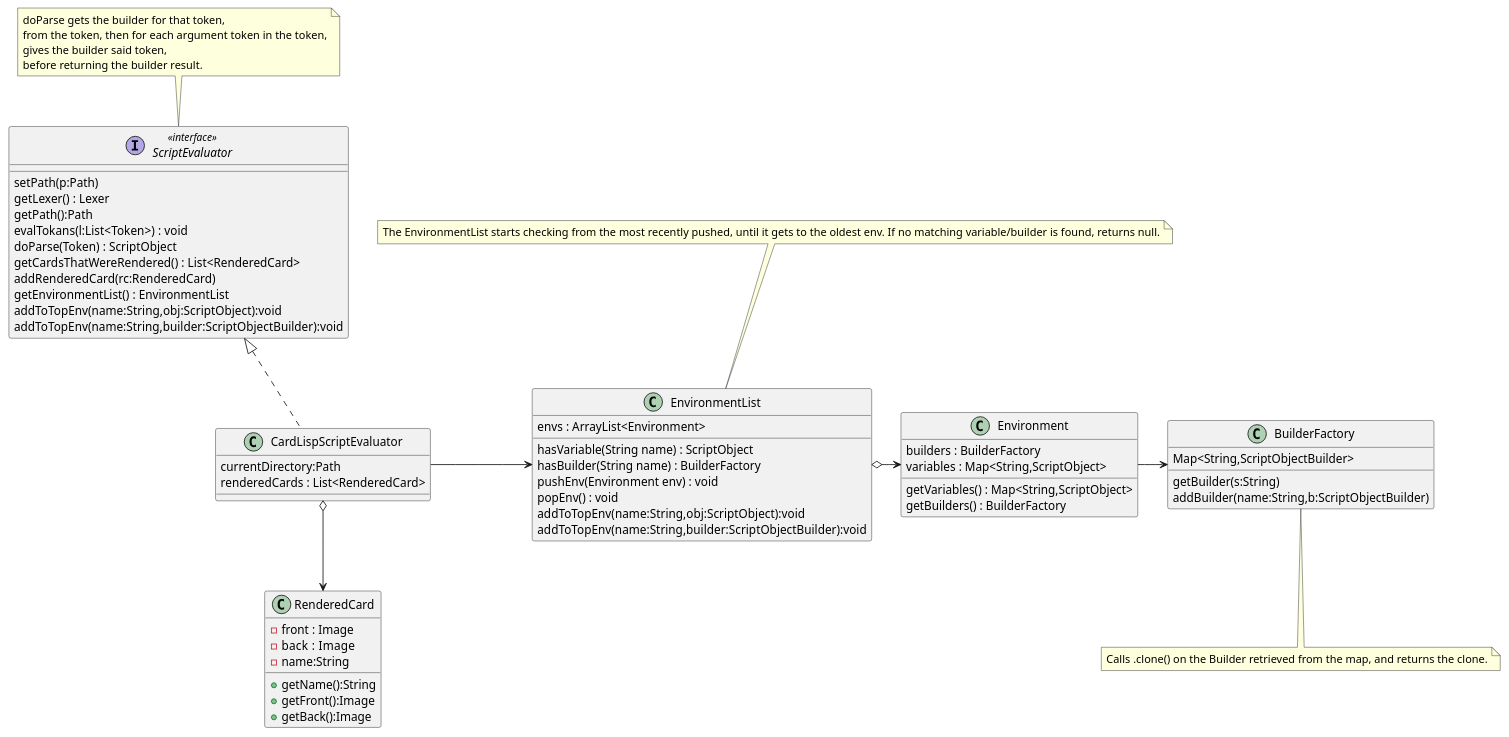
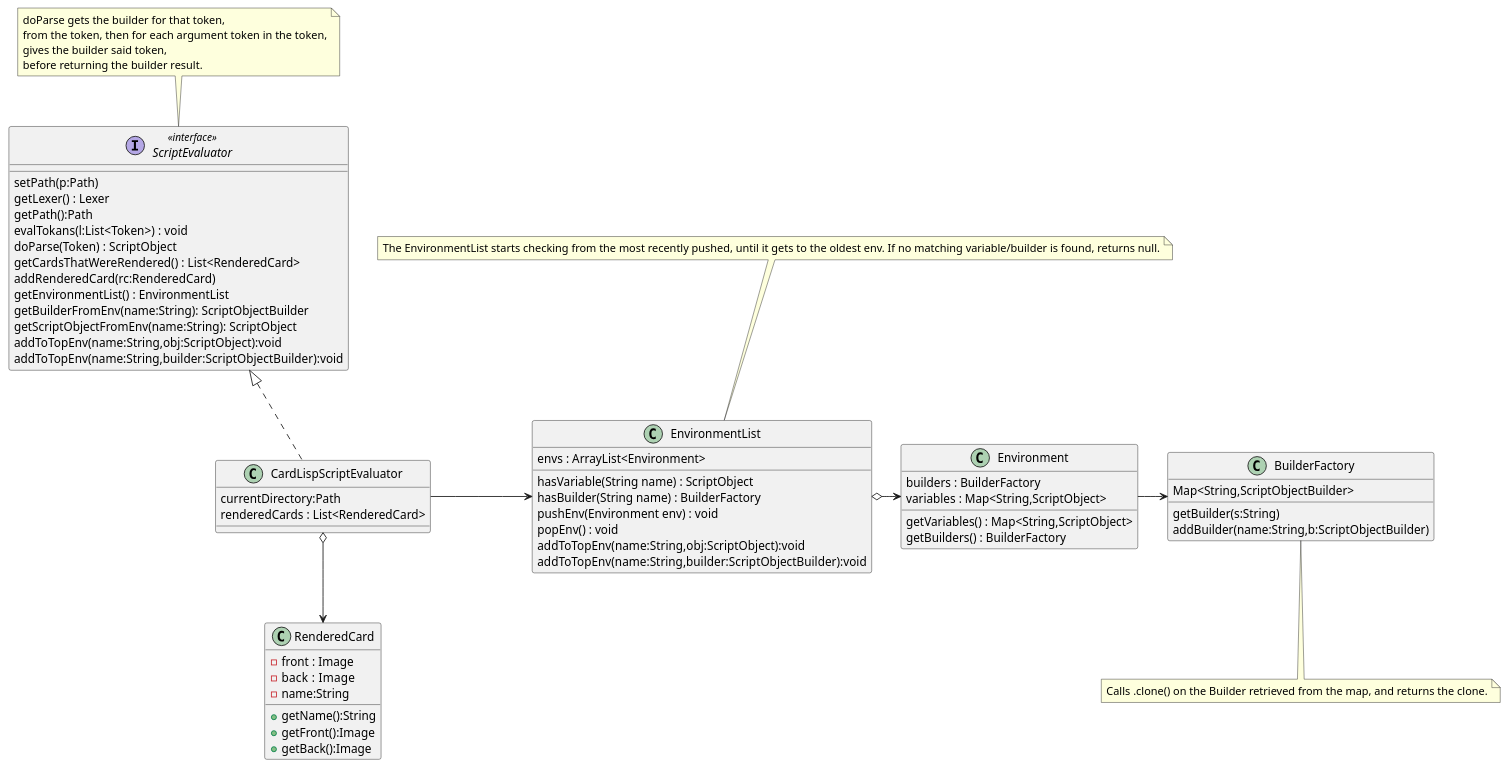
One commit to MatthewBregg/DesignPatternsRepo changed the diagram in Parsing/ScriptEvaluatorUML.org. Above: the diagram before and after it, drawn with PlantUML. The commit also changed 1 other file, not shown here.

Commit message:
Added two methods to ScriptEvaluatorUML

```diff
--- a/Parsing/ScriptEvaluatorUML.org
+++ b/Parsing/ScriptEvaluatorUML.org
@@ -1,73 +1,75 @@
 #+BEGIN_SRC plantuml :file ScriptEvaluatorUML.png
 class BuilderFactory
 
 note bottom : Calls .clone() on the Builder retrieved from the map, and returns the clone.
 
 BuilderFactory : Map<String,ScriptObjectBuilder>
 BuilderFactory : getBuilder(s:String)
 BuilderFactory : addBuilder(name:String,b:ScriptObjectBuilder)
 
 class Environment
 Environment : builders : BuilderFactory 
 Environment : variables : Map<String,ScriptObject>
 Environment : getVariables() : Map<String,ScriptObject>
 Environment : getBuilders() : BuilderFactory
 
 class EnvironmentList
 
 EnvironmentList : envs : ArrayList<Environment>
 EnvironmentList : hasVariable(String name) : ScriptObject
 EnvironmentList : hasBuilder(String name) : BuilderFactory
 EnvironmentList : pushEnv(Environment env) : void
 EnvironmentList : popEnv() : void
 EnvironmentList : addToTopEnv(name:String,obj:ScriptObject):void
 EnvironmentList : addToTopEnv(name:String,builder:ScriptObjectBuilder):void
 
 
 note top : The EnvironmentList starts checking from the most recently pushed, until it gets to the oldest env. If no matching variable/builder is found, returns null.
 
 EnvironmentList o-> Environment
 
 interface ScriptEvaluator<<interface>>
 class CardLispScriptEvaluator
 
 ScriptEvaluator <|.. CardLispScriptEvaluator 
 
 CardLispScriptEvaluator : currentDirectory:Path
 CardLispScriptEvaluator : renderedCards : List<RenderedCard>
 ScriptEvaluator : setPath(p:Path)
 ScriptEvaluator : getLexer() : Lexer
 ScriptEvaluator : getPath():Path
 ScriptEvaluator : evalTokans(l:List<Token>) : void
 ScriptEvaluator : doParse(Token) : ScriptObject
 ScriptEvaluator : getCardsThatWereRendered() : List<RenderedCard>
 ScriptEvaluator : addRenderedCard(rc:RenderedCard)
 ScriptEvaluator : getEnvironmentList() : EnvironmentList
+ScriptEvaluator : getBuilderFromEnv(name:String): ScriptObjectBuilder
+ScriptEvaluator : getScriptObjectFromEnv(name:String): ScriptObject
 
 ScriptEvaluator : addToTopEnv(name:String,obj:ScriptObject):void
 ScriptEvaluator : addToTopEnv(name:String,builder:ScriptObjectBuilder):void
 
 CardLispScriptEvaluator -> EnvironmentList
 
 note top of ScriptEvaluator
  doParse gets the builder for that token,
  from the token, then for each argument token in the token,
  gives the builder said token,
  before returning the builder result. 
 end note
 
 
 
 Environment -> BuilderFactory
 
 
 class RenderedCard
 RenderedCard : -front : Image
 RenderedCard : -back  : Image
 RenderedCard : -name:String
 RenderedCard : +getName():String
 RenderedCard : +getFront():Image
 RenderedCard : +getBack():Image
 
 CardLispScriptEvaluator o--> RenderedCard
 #+END_SRC
```
